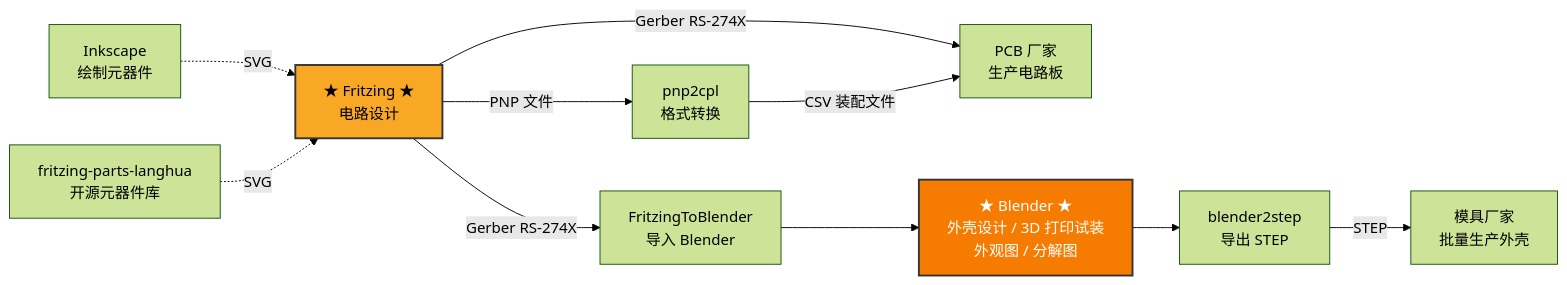
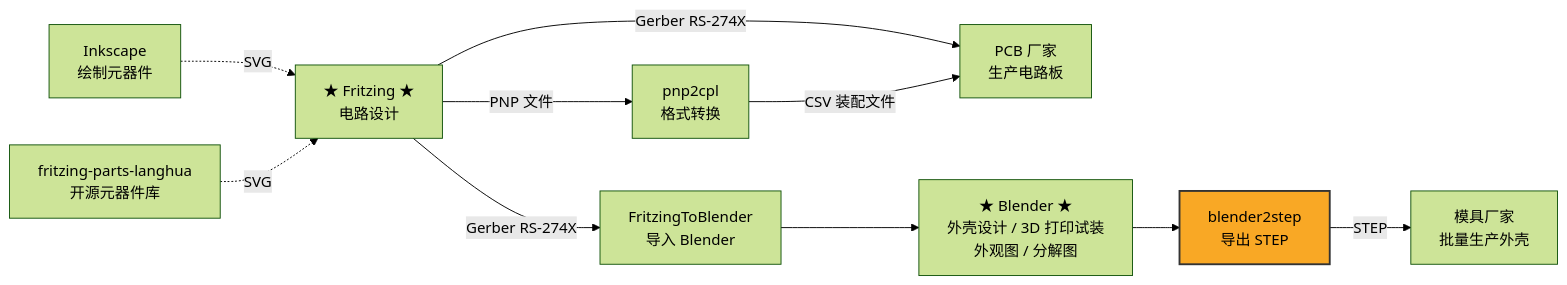
Before and after one commit to langhua/blender2step: the diagram in README.md, drawn with Mermaid (forest theme). The commit also changed other lines of this file, not shown here.

````diff
--- a/README.md
+++ b/README.md
@@ -14,13 +14,12 @@
 ```mermaid
 flowchart LR
     A[★ Fritzing ★<br/>电路设计] -->|Gerber RS-274X| B[PCB 厂家<br/>生产电路板]
     A -->|PNP 文件| C[pnp2cpl<br/>格式转换] -->|CSV 装配文件| B
     A -->|Gerber RS-274X| D[FritzingToBlender<br/>导入 Blender] --> E[★ Blender ★<br/>外壳设计 / 3D 打印试装<br/>外观图 / 分解图]
     E --> F[blender2step<br/>导出 STEP] -->|STEP| G[模具厂家<br/>批量生产外壳]
 
     H[Inkscape<br/>绘制元器件] -.->|SVG| A
     I[fritzing-parts-langhua<br/>开源元器件库] -.->|SVG| A
 
-    style A fill:#f9a825,stroke:#333,stroke-width:2px,color:#000,font-size:16px
-    style E fill:#f57c00,stroke:#333,stroke-width:2px,color:#fff,font-size:16px
+    style F fill:#f9a825,stroke:#333,stroke-width:2px,color:#000,font-size:16px
 ```
````
